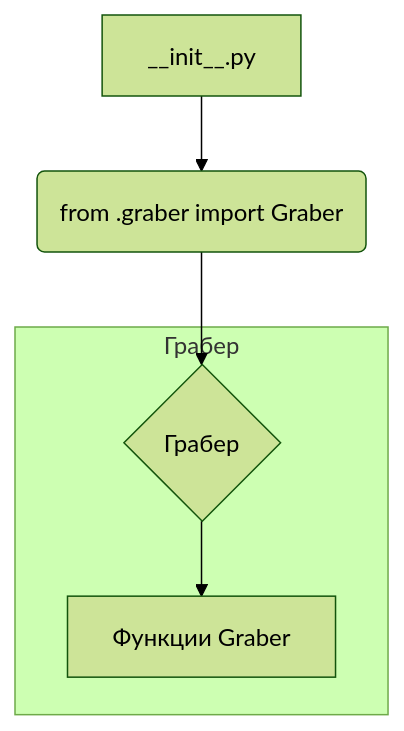
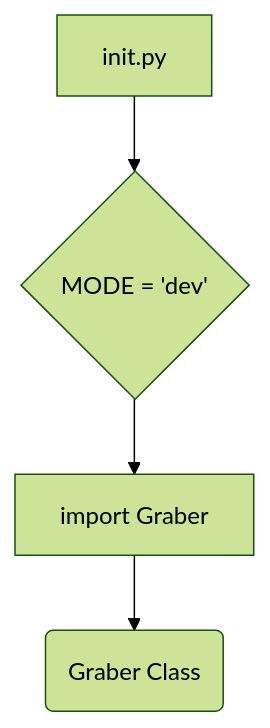
The first of 2 diagrams in docs/gemini/ru/explainer/src/suppliers/wallashop/__init__.md (hypo69/hypo), drawn with Mermaid (forest theme) before and after one commit. The commit also changed other lines of this file and 468 other files, not shown here.

````diff
--- a/docs/gemini/ru/explainer/src/suppliers/wallashop/__init__.md
+++ b/docs/gemini/ru/explainer/src/suppliers/wallashop/__init__.md
@@ -22,9 +27,6 @@
 ```mermaid
 graph TD
-    A[__init__.py] --> B(from .graber import Graber);
-    B --> C{Грабер};
-    
-    subgraph Грабер
-        C --> D[Функции Graber];
-    end
+    A[init.py] --> B{MODE = 'dev'};
+    B --> C[import Graber];
+    C --> D(Graber Class);
 ```
````
